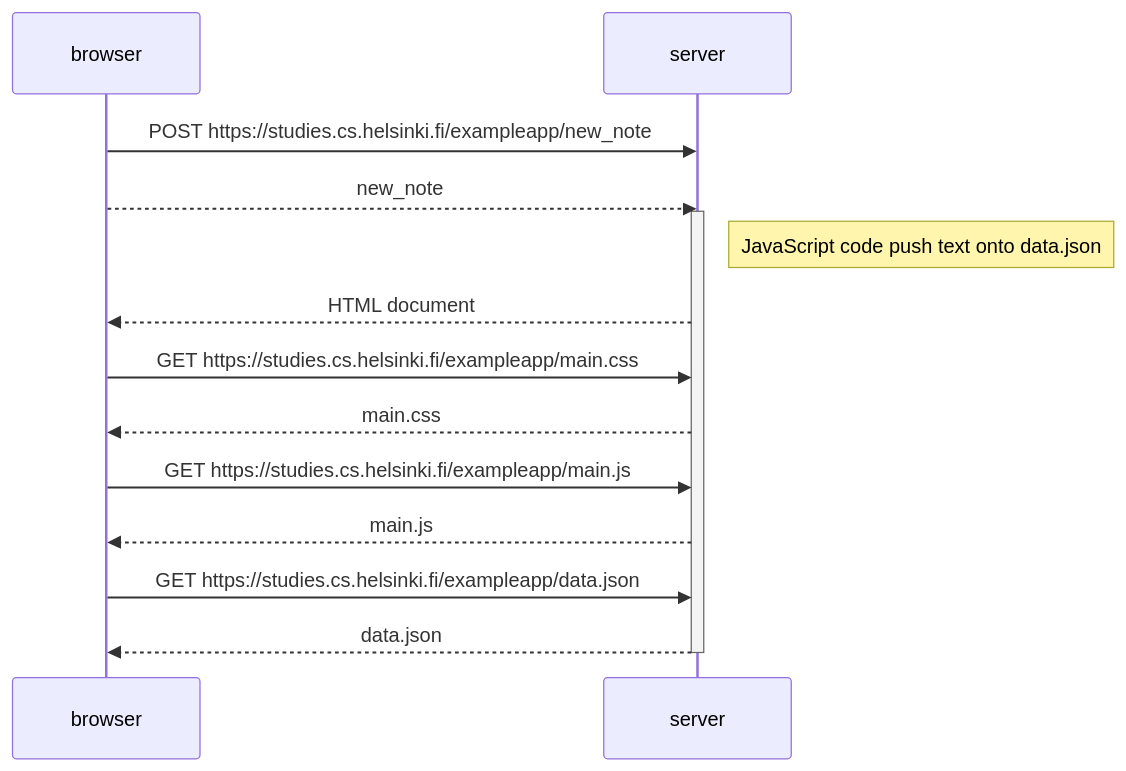
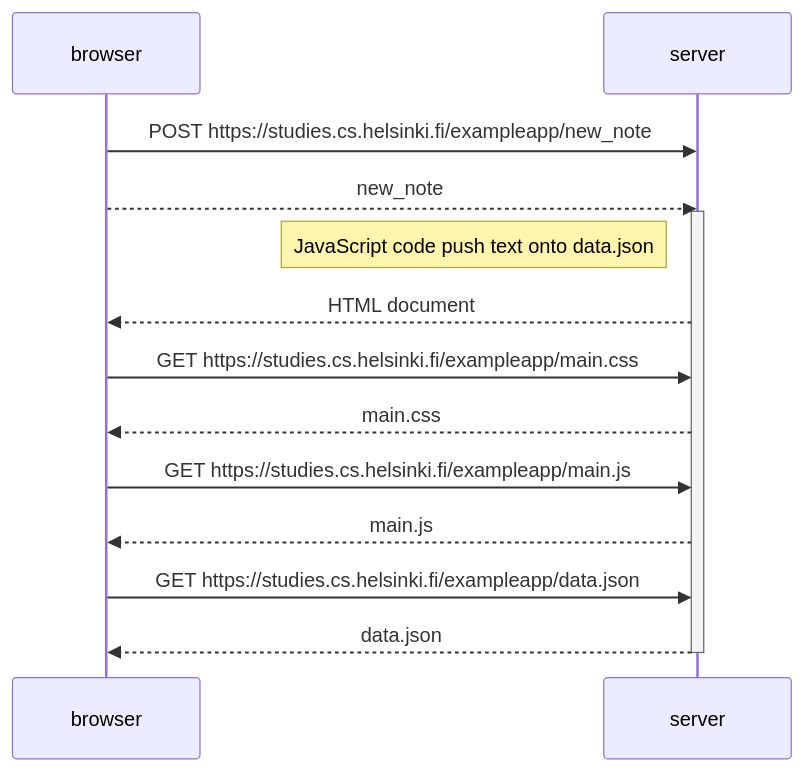
Before and after one commit to omgmvi/fullstackopen2023: the diagram in part0/0.4/FormPostSequenceDiagram.md, drawn with Mermaid. The commit also changed other lines of this file, not shown here.

First line of the commit message:
Update FormPostSequenceDiagram.md

````diff
--- a/part0/0.4/FormPostSequenceDiagram.md
+++ b/part0/0.4/FormPostSequenceDiagram.md
@@ -3,22 +11,22 @@
 ```mermaid
 sequenceDiagram
     participant browser
     participant server
 
     browser->>server: POST https://studies.cs.helsinki.fi/exampleapp/new_note
     browser-->>server: new_note
     activate server
-    Note right of server: JavaScript code push text onto data.json
+    Note left of server: JavaScript code push text onto data.json
     server-->>browser: HTML document
 
     browser->>server: GET https://studies.cs.helsinki.fi/exampleapp/main.css
     server-->>browser: main.css
 
     browser->>server: GET https://studies.cs.helsinki.fi/exampleapp/main.js
     server-->>browser: main.js
 
     browser->>server: GET https://studies.cs.helsinki.fi/exampleapp/data.json
     server-->>browser: data.json
 
     deactivate server
 ```
````
